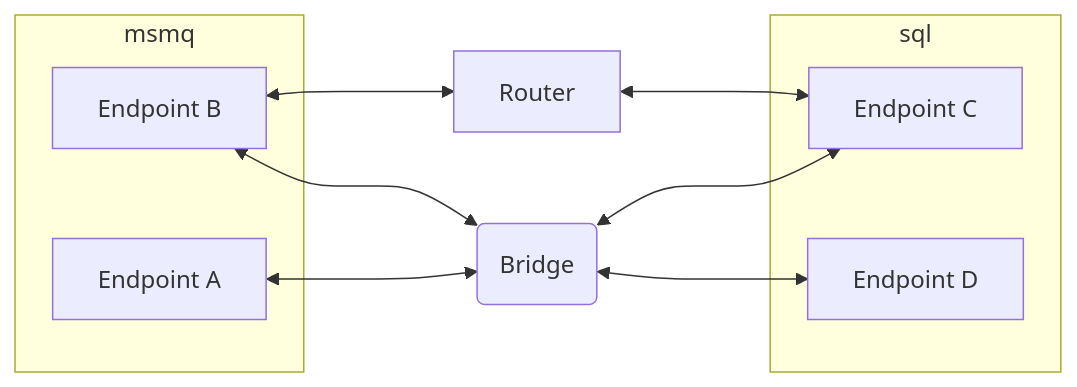
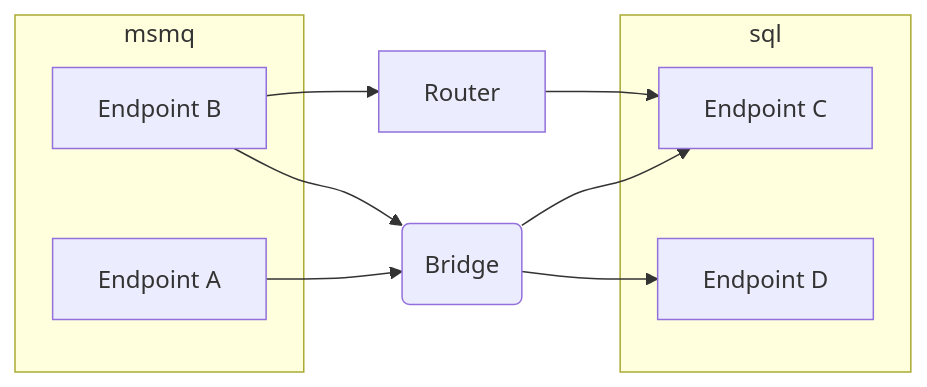
Before and after one commit to Particular/docs.particular.net: the diagram in nservicebus/bridge/migrating-from-router.md, drawn with Mermaid. The commit also changed 2 other files, not shown here.

Commit message:
Add samples to bridge Temporarily remove multi-directional arrows until DocsEngine is updated

````diff
--- a/nservicebus/bridge/migrating-from-router.md
+++ b/nservicebus/bridge/migrating-from-router.md
@@ -42,18 +42,18 @@
 ```mermaid
 graph LR
   Br(Bridge)
-  A[Endpoint A] <---> Br
-  B[Endpoint B] <---> Br
-  Br <---> C[Endpoint C]
-  Br <---> D[Endpoint D]
-  Ro[Router] <---> C
-  B <--> Ro
+  A[Endpoint A] --> Br
+  B[Endpoint B] --> Br
+  Br --> C[Endpoint C]
+  Br --> D[Endpoint D]
+  Ro[Router] --> C
+  B --> Ro
   subgraph msmq
     A
     B
   end
   subgraph sql
     C
     D
   end
 ```
````
